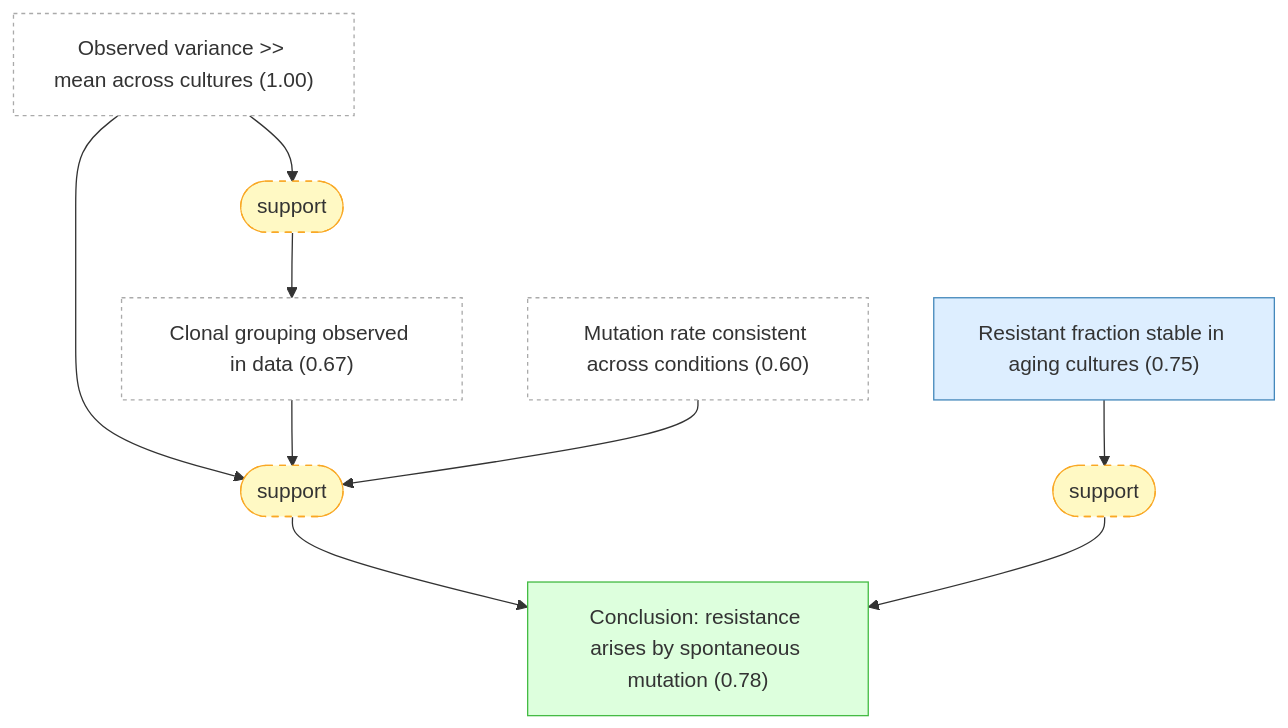
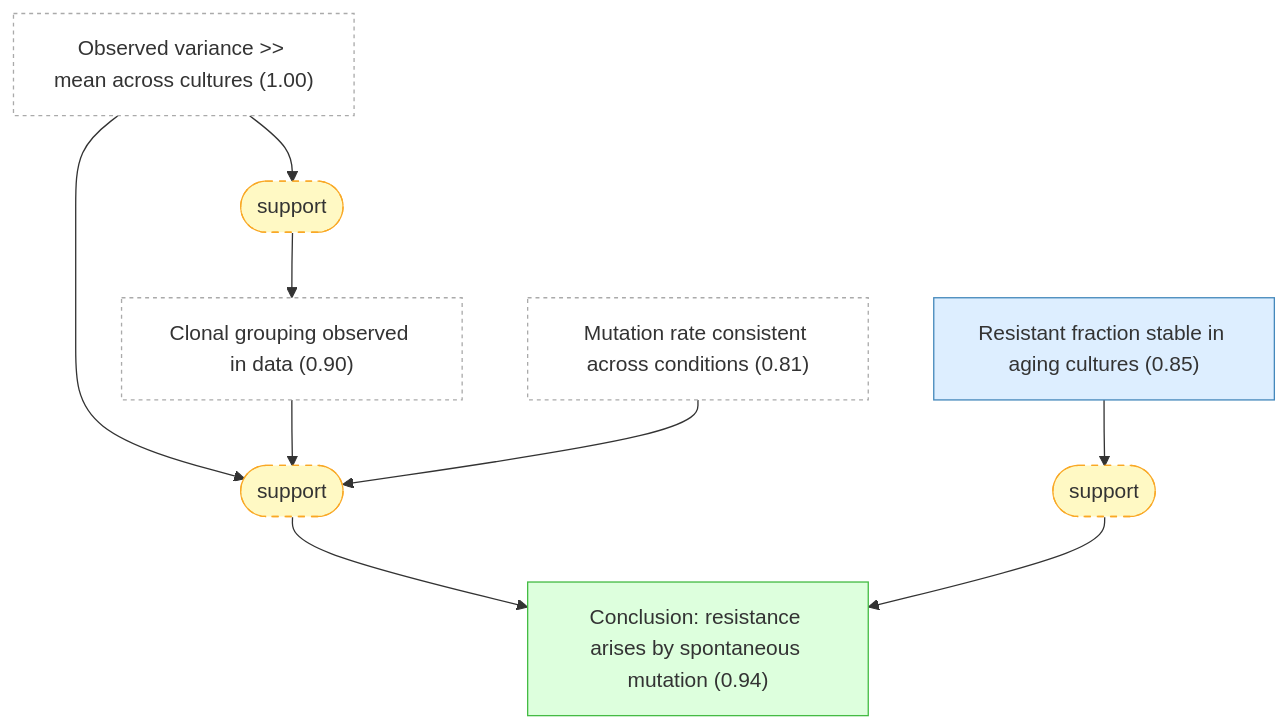
The sixth of 6 diagrams in docs/detailed-reasoning.md (kunyuan/luria-delbruck-fluctuation-gaia), drawn with Mermaid before and after one commit. The commit also changed other lines of this file and 1 other file, not shown here.

````diff
--- a/docs/detailed-reasoning.md
+++ b/docs/detailed-reasoning.md
@@ -620,29 +636,29 @@
 ```mermaid
 graph TD
     observed_variance_much_greater_than_mean["Observed variance >> mean across cultures (1.00)"]:::external
-    clonal_grouping_observed["Clonal grouping observed in data (0.67)"]:::external
-    mutation_rate_consistent_across_conditions["Mutation rate consistent across conditions (0.60)"]:::external
-    resistance_is_heritable_mutation["Conclusion: resistance arises by spontaneous mutation (0.78)"]:::derived
-    aging_cultures_constant_fraction["Resistant fraction stable in aging cultures (0.75)"]:::premise
+    clonal_grouping_observed["Clonal grouping observed in data (0.90)"]:::external
+    mutation_rate_consistent_across_conditions["Mutation rate consistent across conditions (0.81)"]:::external
+    resistance_is_heritable_mutation["Conclusion: resistance arises by spontaneous mutation (0.94)"]:::derived
+    aging_cultures_constant_fraction["Resistant fraction stable in aging cultures (0.85)"]:::premise
     strat_7(["support"]):::weak
     observed_variance_much_greater_than_mean --> strat_7
     strat_7 --> clonal_grouping_observed
     strat_16(["support"]):::weak
     observed_variance_much_greater_than_mean --> strat_16
     clonal_grouping_observed --> strat_16
     mutation_rate_consistent_across_conditions --> strat_16
     strat_16 --> resistance_is_heritable_mutation
     strat_17(["support"]):::weak
     aging_cultures_constant_fraction --> strat_17
     strat_17 --> resistance_is_heritable_mutation
 
     classDef setting fill:#f0f0f0,stroke:#999,color:#333
     classDef premise fill:#ddeeff,stroke:#4488bb,color:#333
     classDef derived fill:#ddffdd,stroke:#44bb44,color:#333
     classDef question fill:#fff3dd,stroke:#cc9944,color:#333
     classDef background fill:#f5f5f5,stroke:#bbb,stroke-dasharray: 5 5,color:#333
     classDef orphan fill:#fff,stroke:#ccc,stroke-dasharray: 5 5,color:#333
     classDef external fill:#fff,stroke:#aaa,stroke-dasharray: 3 3,color:#333
     classDef weak fill:#fff9c4,stroke:#f9a825,stroke-dasharray: 5 5,color:#333
     classDef contra fill:#ffebee,stroke:#c62828,color:#333
 ```
````
